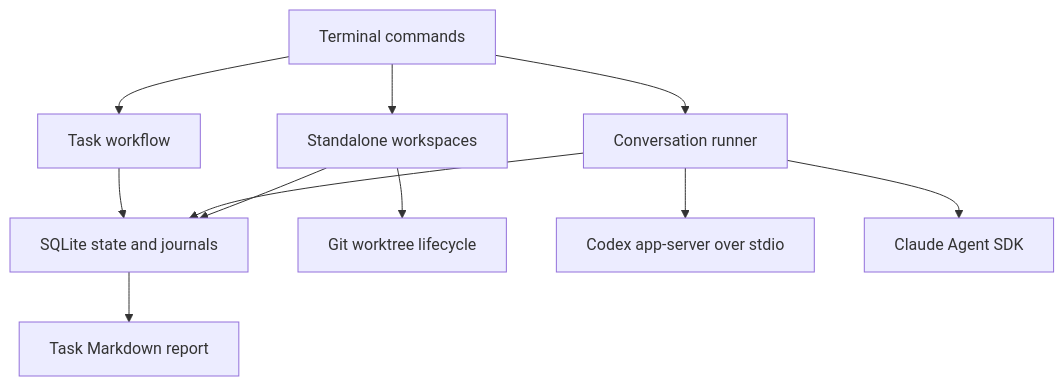
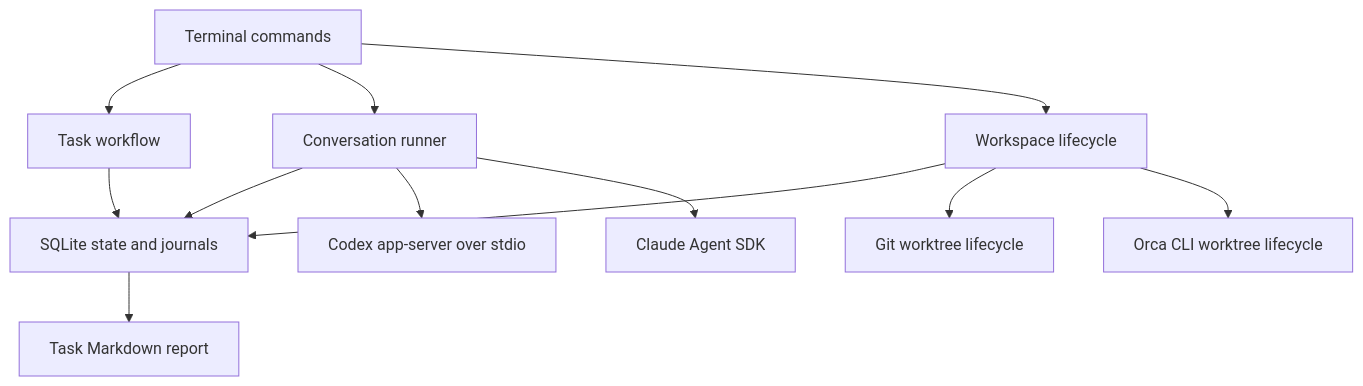
One commit to jazzonaut/grampus changed the diagram in docs/ARCHITECTURE.md. Above: the diagram before and after it, drawn with Mermaid. The commit also changed other lines of this file and 11 other files, not shown here.

Commit message:
Add Orca workspace creation and recovery

````diff
--- a/docs/ARCHITECTURE.md
+++ b/docs/ARCHITECTURE.md
@@ -9,13 +9,14 @@
 ```mermaid
 flowchart TD
     CLI[Terminal commands] --> Workflow[Task workflow]
     CLI --> Sessions[Conversation runner]
-    CLI --> Workspaces[Standalone workspaces]
+    CLI --> Workspaces[Workspace lifecycle]
     Workflow --> Store[SQLite state and journals]
     Sessions --> Store
     Workspaces --> Store
     Workspaces --> Git[Git worktree lifecycle]
+    Workspaces --> Orca[Orca CLI worktree lifecycle]
     Sessions --> Codex[Codex app-server over stdio]
     Sessions --> Claude[Claude Agent SDK]
     Store --> Report[Task Markdown report]
 ```
````
